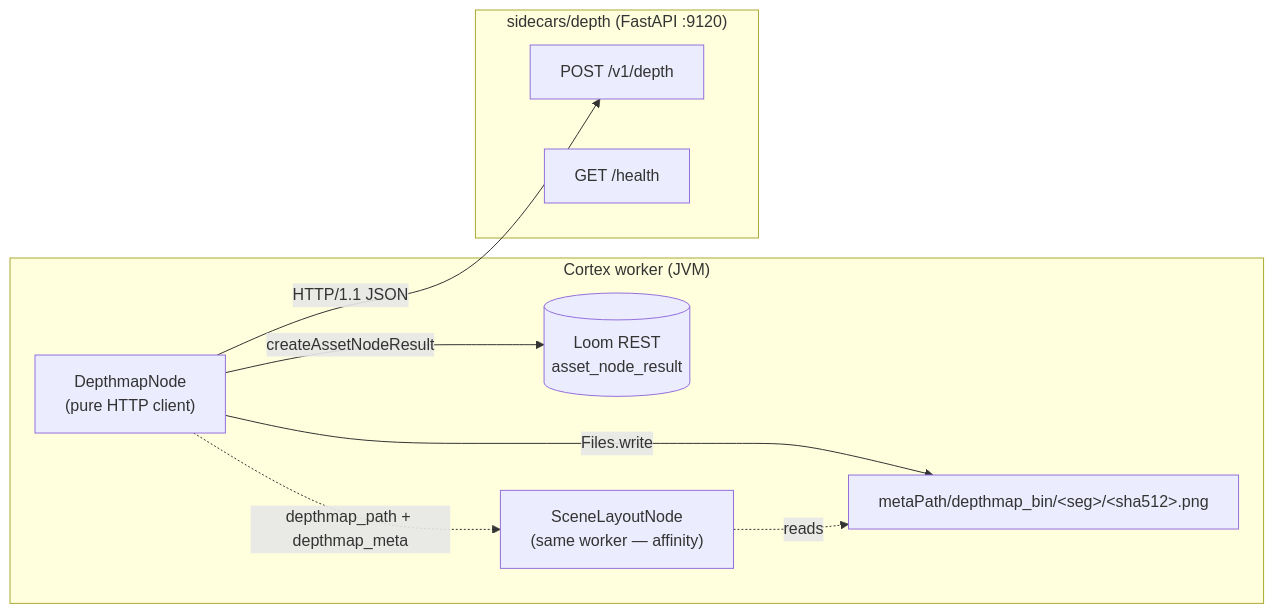
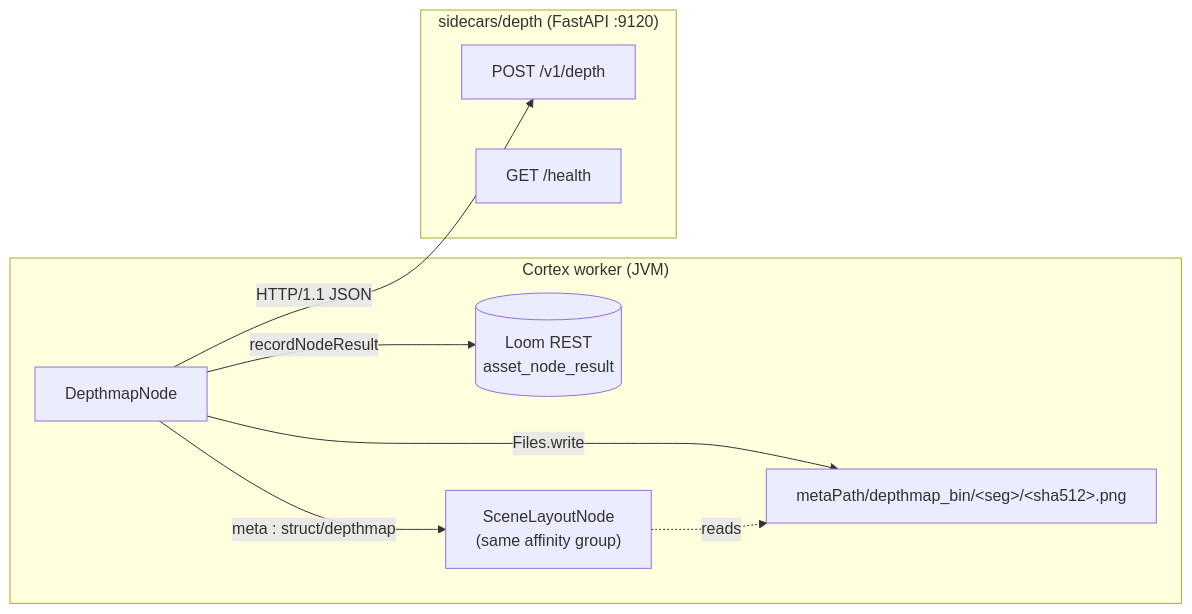
One commit to metaloom/metaloom changed the diagram in spec/features/pipeline-nodes/NODE_DEPTHMAP_PLAN.md. Above: the diagram before and after it, drawn with Mermaid. The commit also changed other lines of this file and 53 other files, not shown here.

````diff
--- a/spec/features/pipeline-nodes/NODE_DEPTHMAP_PLAN.md
+++ b/spec/features/pipeline-nodes/NODE_DEPTHMAP_PLAN.md
@@ -152,14 +103,14 @@
 ```mermaid
 flowchart LR
   subgraph JVM["Cortex worker (JVM)"]
-    N["DepthmapNode<br/>(pure HTTP client)"] -->|createAssetNodeResult| L[("Loom REST<br/>asset_node_result")]
-    N -->|Files.write| B["metaPath/depthmap_bin/&lt;seg&gt;/&lt;sha512&gt;.png"]
-    SL["SceneLayoutNode<br/>(same worker — affinity)"] -.reads.-> B
-    N -.depthmap_path + depthmap_meta.-> SL
+    N["DepthmapNode"] -->|"recordNodeResult"| L[("Loom REST<br/>asset_node_result")]
+    N -->|"Files.write"| B["metaPath/depthmap_bin/&lt;seg&gt;/&lt;sha512&gt;.png"]
+    SL["SceneLayoutNode<br/>(same affinity group)"] -.reads.-> B
+    N -->|"meta : struct/depthmap"| SL
   end
   subgraph SC["sidecars/depth (FastAPI :9120)"]
     D["POST /v1/depth"]
     H["GET /health"]
   end
   N -->|"HTTP/1.1 JSON"| D
 ```
````
